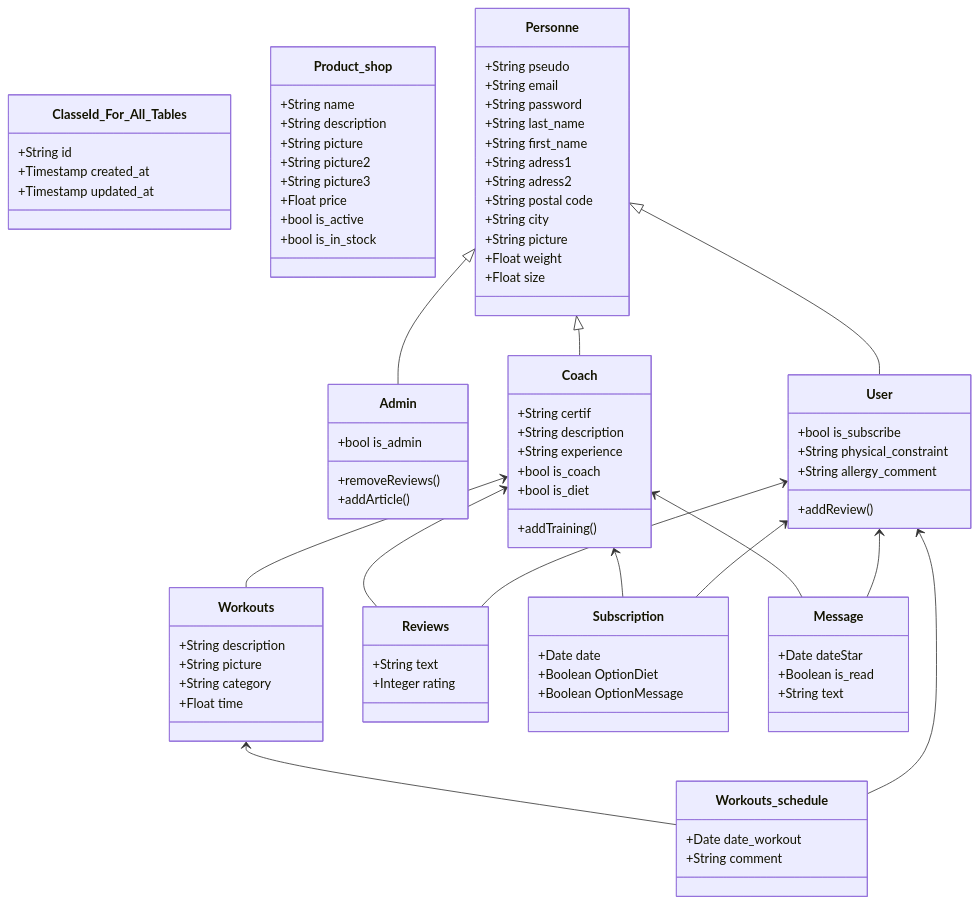
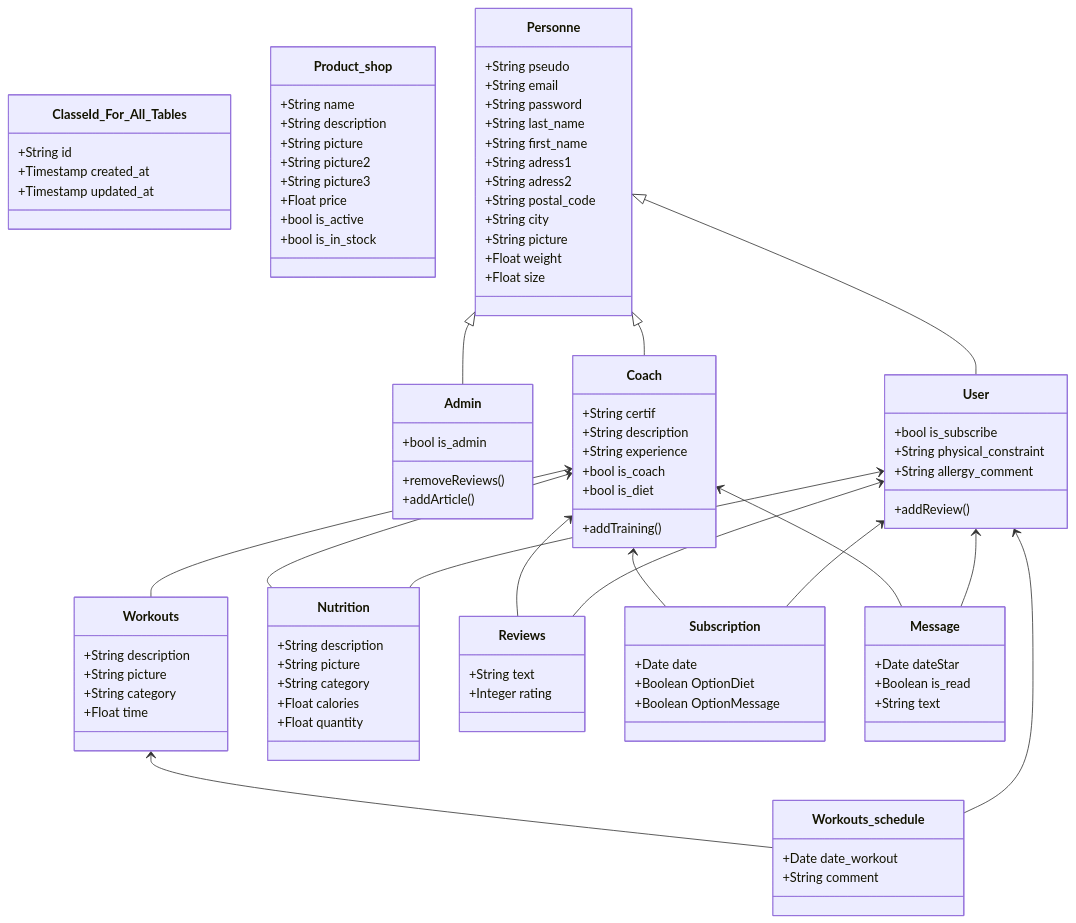
One commit to Genia888/FitnessHub changed the diagram in Documentation/(Stage 3) Technical Documentation.md. Above: the diagram before and after it, drawn with Mermaid.

Commit message:
fix: correct postal code variable name and add nutrition class to documentation

````diff
--- a/Documentation/(Stage 3) Technical Documentation.md
+++ b/Documentation/(Stage 3) Technical Documentation.md
@@ -109,13 +109,12 @@
 	    +String first_name
 	    +String adress1
 	    +String adress2
-	    +String postal code
+	    +String postal_code
 	    +String city
       +String picture
       +Float weight
       +Float size
     }
-
 
     class Workouts {
       +String description
@@ -124,11 +123,18 @@
       +Float time
     }
 
+    class Nutrition {
+      +String description
+      +String picture
+      +String category<Protein,Carbs,Fats,...>
+      +Float calories
+      +Float quantity
+    }
+
     class Workouts_schedule {
       +Date date_workout
       +String comment
     }
-
 
     class Admin {
 	    +bool is_admin
@@ -168,18 +174,21 @@
 	    +Boolean is_read
 	    +String text
     }
+
+    %% Relations
     Workouts <-- Workouts_schedule
     User <-- Workouts_schedule
     Coach <-- Workouts
+    Coach <-- Nutrition
+    User <-- Nutrition
     Personne <|-- Admin
     Personne <|-- User
+    Personne <|-- Coach
     Coach <-- Reviews
     User <-- Reviews
     Coach <-- Subscription
     User <-- Subscription
     Coach <-- Message
     User <-- Message
-    Personne <|-- Coach
-
 
 ```
````
